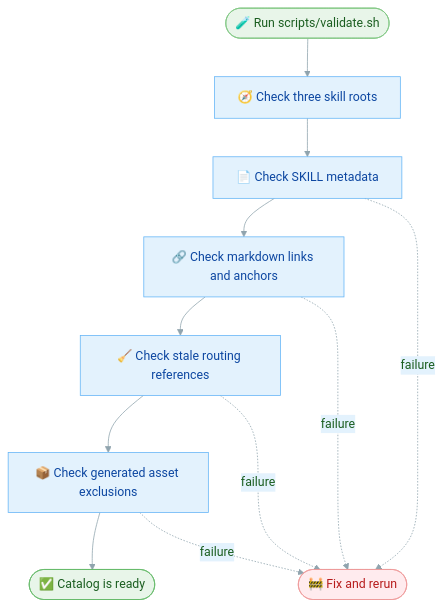
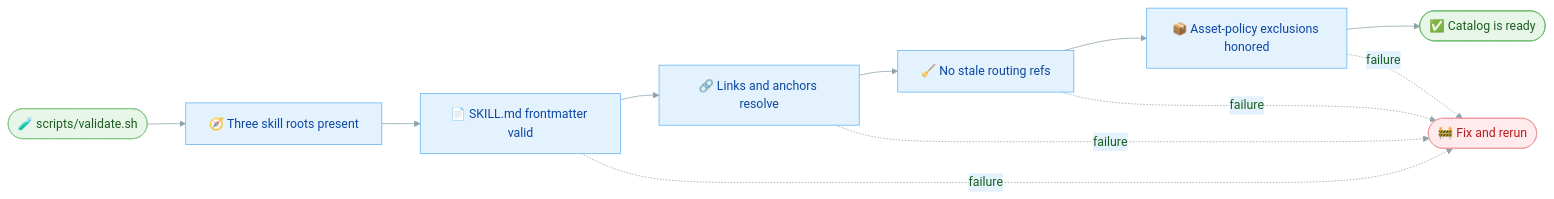
One commit to borealBytes/my-farm-advisor-skills changed the fourth of 4 diagrams in README.md. Above: the diagram before and after it, drawn with Mermaid. The commit also changed other lines of this file and 67 other files, not shown here.

Commit message:
Showcase README (gallery + coverage matrix + typed diagrams); committed example outputs per amended asset policy; geo-reprojected field-map renderer; QTL/breeding figure fixtures restored; stale mono paths fixed; validator PASS

````diff
--- a/README.md
+++ b/README.md
@@ -193,25 +179,21 @@
 ```mermaid
 %%{init: {"theme":"base","themeVariables":{"primaryColor":"#e8f5e9","primaryTextColor":"#1b5e20","primaryBorderColor":"#81c784","lineColor":"#90a4ae","secondaryColor":"#e3f2fd","tertiaryColor":"#ffebee"}}}%%
-flowchart TB
-    start([🧪 Run scripts/validate.sh]) --> catalog[🧭 Check three skill roots]
-    catalog --> metadata[📄 Check SKILL metadata]
-    metadata --> links[🔗 Check markdown links and anchors]
-    links --> stale[🧹 Check stale routing references]
-    stale --> assets[📦 Check generated asset exclusions]
+flowchart LR
+    start([🧪 scripts/validate.sh]) --> roots[🧭 Three skill roots present]
+    roots --> meta[📄 SKILL.md frontmatter valid]
+    meta --> links[🔗 Links and anchors resolve]
+    links --> stale[🧹 No stale routing refs]
+    stale --> assets[📦 Asset-policy exclusions honored]
     assets --> pass([✅ Catalog is ready])
-
-    metadata -. failure .-> fail([🚧 Fix and rerun])
+    meta -. failure .-> fail([🚧 Fix and rerun])
     links -. failure .-> fail
     stale -. failure .-> fail
     assets -. failure .-> fail
 
-    classDef intro fill:#e8f5e9,stroke:#81c784,color:#1b5e20,stroke-width:1px
-    classDef check fill:#e3f2fd,stroke:#64b5f6,color:#0d47a1,stroke-width:1px
-    classDef ok fill:#e8f5e9,stroke:#66bb6a,color:#1b5e20,stroke-width:1px
-    classDef bad fill:#ffebee,stroke:#ef9a9a,color:#b71c1c,stroke-width:1px
-
-    class start intro
-    class catalog,metadata,links,stale,assets check
+    classDef check fill:#e3f2fd,stroke:#64b5f6,color:#0d47a1
+    classDef ok fill:#e8f5e9,stroke:#66bb6a,color:#1b5e20
+    classDef bad fill:#ffebee,stroke:#ef9a9a,color:#b71c1c
+    class roots,meta,links,stale,assets check
     class pass ok
     class fail bad
 ```
````
